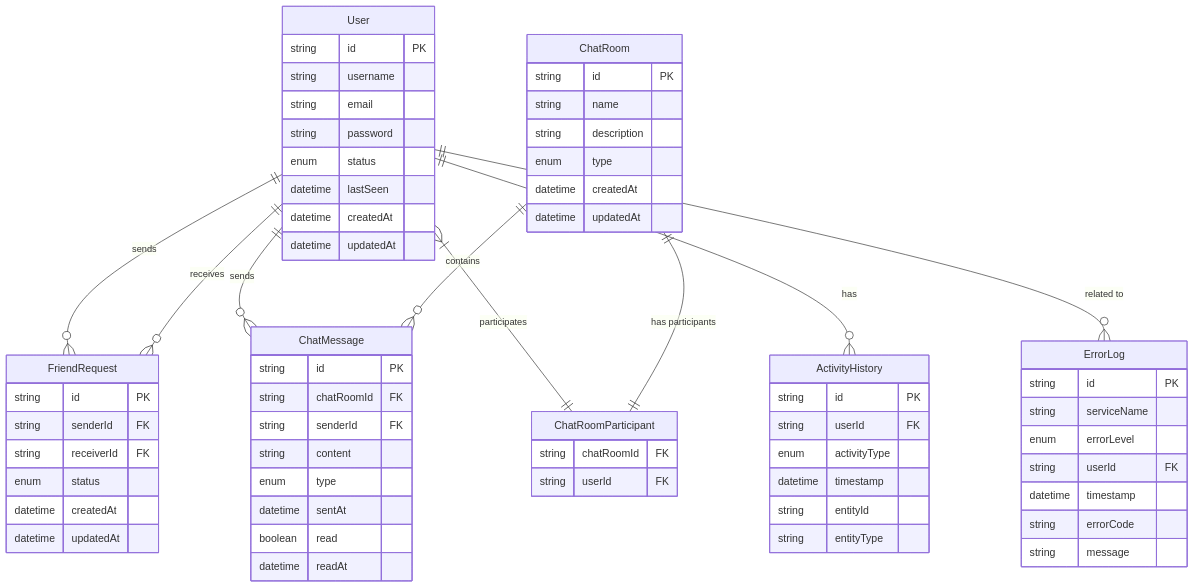
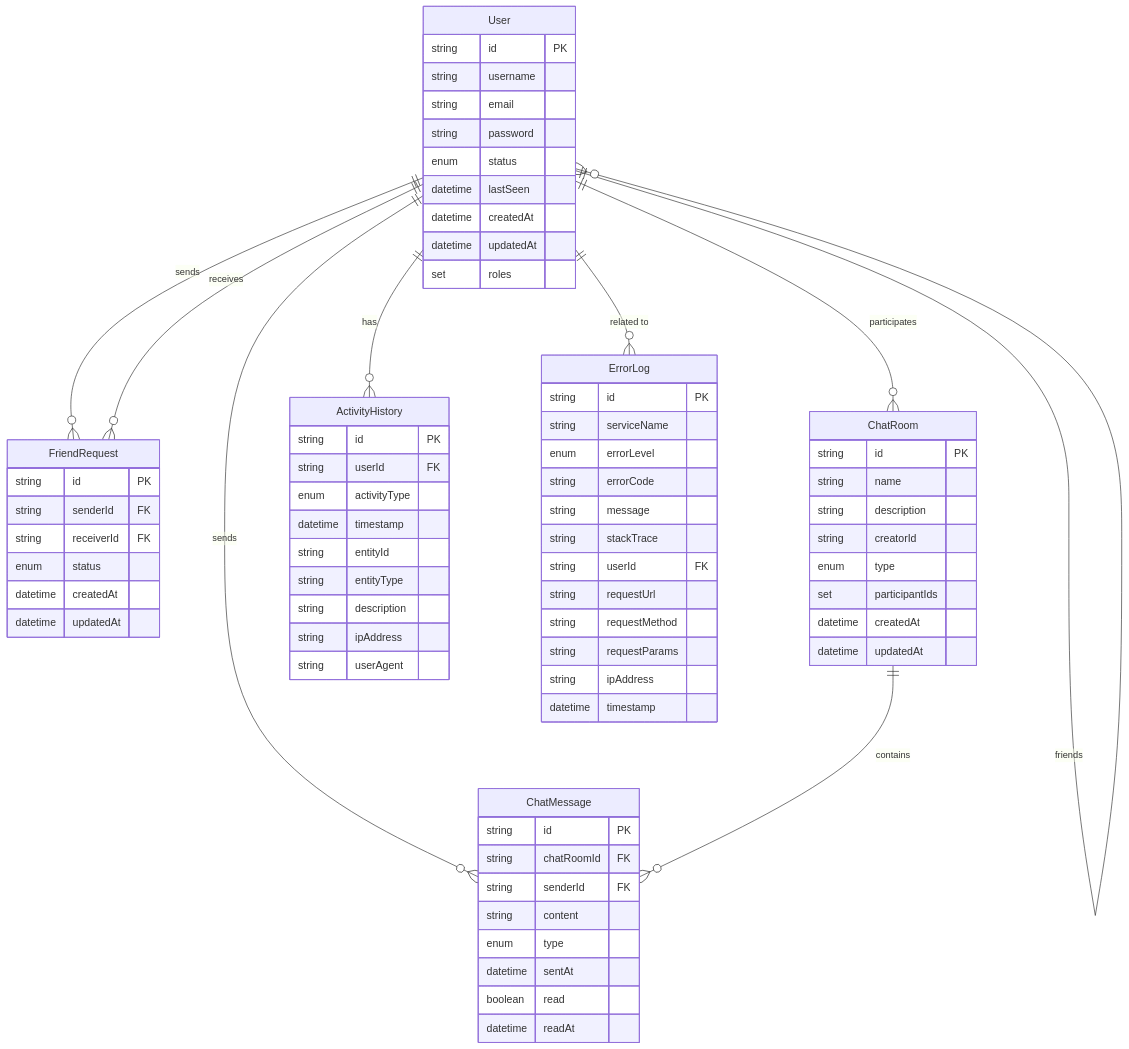
One commit to sch0718/makestar changed the diagram in docs/DB_ARCHITECTURE.md. Above: the diagram before and after it, drawn with Mermaid. The commit also changed other lines of this file and 12 other files, not shown here.

````diff
--- a/docs/DB_ARCHITECTURE.md
+++ b/docs/DB_ARCHITECTURE.md
@@ -7,75 +7,81 @@
 ```mermaid
 erDiagram
     User {
         string id PK
         string username
         string email
         string password
         enum status
         datetime lastSeen
         datetime createdAt
         datetime updatedAt
+        set roles
     }
     
     FriendRequest {
         string id PK
         string senderId FK
         string receiverId FK
         enum status
         datetime createdAt
         datetime updatedAt
     }
     
     ChatRoom {
         string id PK
         string name
         string description
+        string creatorId
         enum type
+        set participantIds
         datetime createdAt
         datetime updatedAt
     }
     
     ChatMessage {
         string id PK
         string chatRoomId FK
         string senderId FK
         string content
         enum type
         datetime sentAt
         boolean read
         datetime readAt
     }
     
-    ChatRoomParticipant {
-        string chatRoomId FK
-        string userId FK
-    }
-    
     ActivityHistory {
         string id PK
         string userId FK
         enum activityType
         datetime timestamp
         string entityId
         string entityType
+        string description
+        string ipAddress
+        string userAgent
     }
     
     ErrorLog {
         string id PK
         string serviceName
         enum errorLevel
-        string userId FK
-        datetime timestamp
         string errorCode
         string message
+        string stackTrace
+        string userId FK
+        string requestUrl
+        string requestMethod
+        string requestParams
+        string ipAddress
+        datetime timestamp
     }
     
     User ||--o{ FriendRequest : "sends"
     User ||--o{ FriendRequest : "receives"
     User ||--o{ ChatMessage : "sends"
-    User }|--|| ChatRoomParticipant : "participates"
+    User ||--o{ ChatRoom : "participates"
+    User ||--o{ User : "friends"
     ChatRoom ||--o{ ChatMessage : "contains"
-    ChatRoom ||--|| ChatRoomParticipant : "has participants"
     User ||--o{ ActivityHistory : "has"
     User ||--o{ ErrorLog : "related to"
 ```
````
